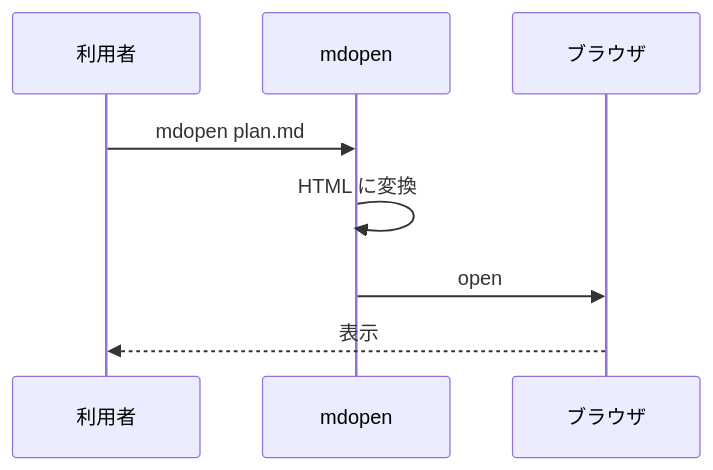
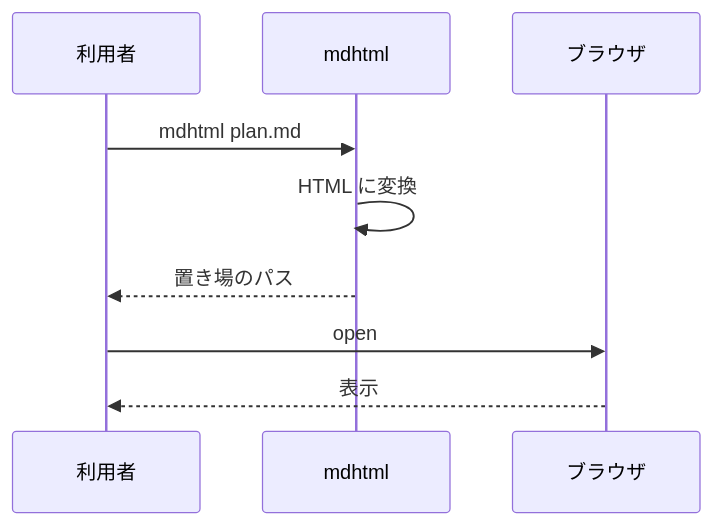
Before and after one commit to gin0606/mdopen: the second of 2 diagrams in testdata/mermaid.md, drawn with Mermaid. The commit also changed other lines of this file and 9 other files, not shown here.

````diff
--- a/testdata/mermaid.md
+++ b/testdata/mermaid.md
@@ -17,10 +17,11 @@
 ```mermaid
 sequenceDiagram
     participant U as 利用者
-    participant M as mdopen
+    participant M as mdhtml
     participant B as ブラウザ
-    U->>M: mdopen plan.md
+    U->>M: mdhtml plan.md
     M->>M: HTML に変換
-    M->>B: open
+    M-->>U: 置き場のパス
+    U->>B: open
     B-->>U: 表示
 ```
````
